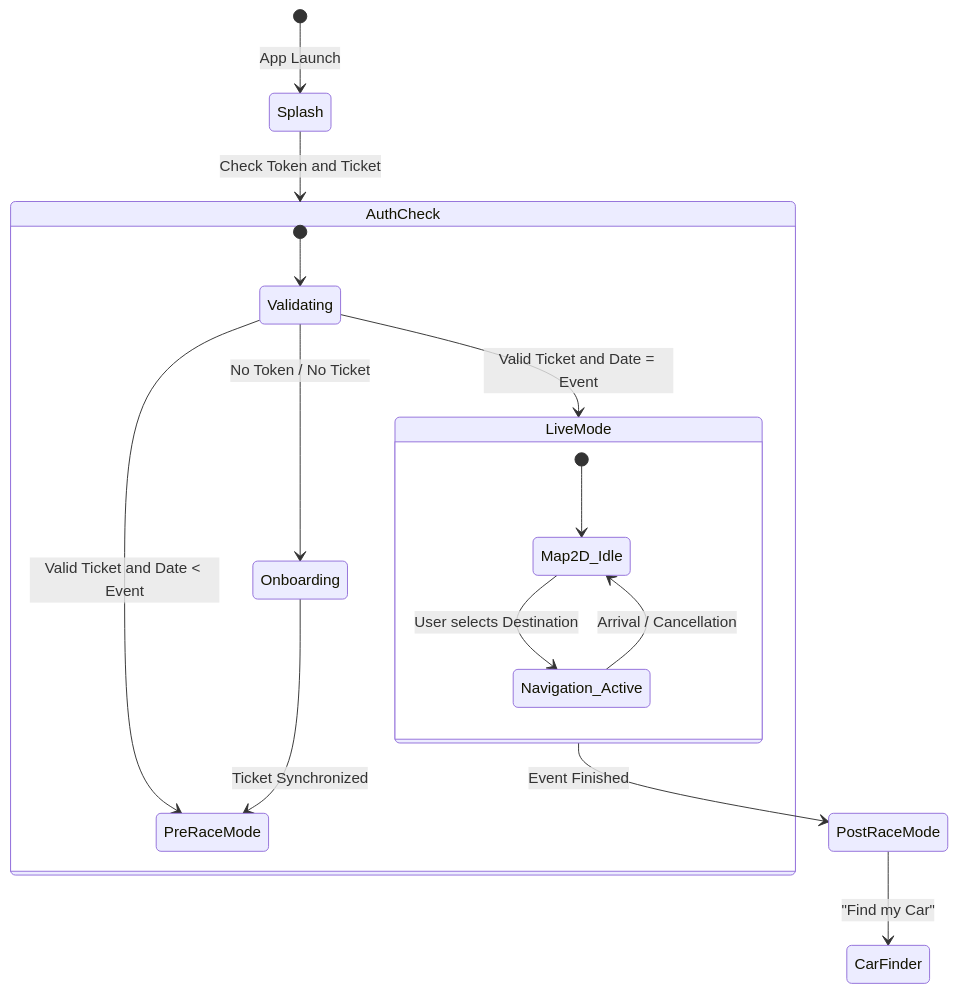
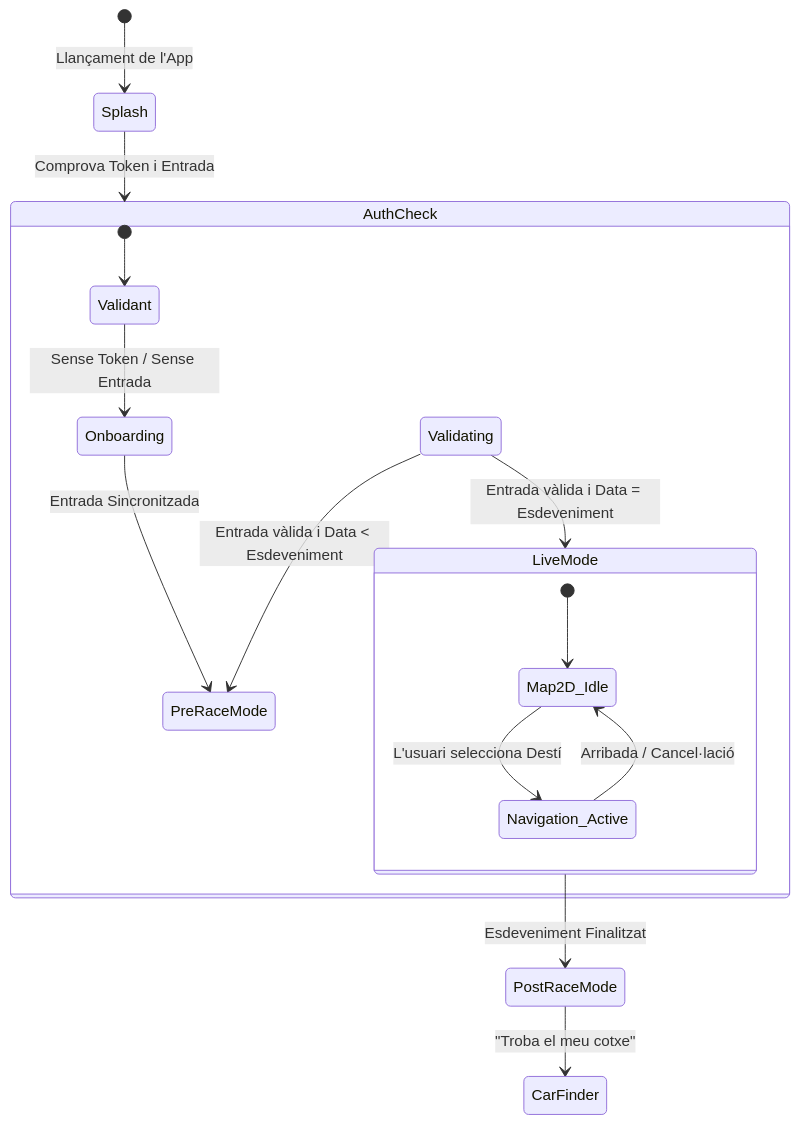
One commit to cdc-grup/app_lattice_project changed the first of 2 diagrams in .context/03-frontend/app-states.md. Above: the diagram before and after it, drawn with Mermaid. The commit also changed other lines of this file and 14 other files, not shown here.

Commit message:
docs: Translate core project documentation to Catalan and enhance Docker architecture with recommended microservices.

````diff
--- a/.context/03-frontend/app-states.md
+++ b/.context/03-frontend/app-states.md
@@ -7,23 +7,23 @@
 ```mermaid
 stateDiagram-v2
-    [*] --> Splash: App Launch
-    Splash --> AuthCheck: Check Token and Ticket
+    [*] --> Splash: Llançament de l'App
+    Splash --> AuthCheck: Comprova Token i Entrada
 
     state AuthCheck {
-        [*] --> Validating
-        Validating --> Onboarding: No Token / No Ticket
-        Validating --> PreRaceMode: Valid Ticket and Date < Event
-        Validating --> LiveMode: Valid Ticket and Date = Event
+        [*] --> Validant
+        Validant --> Onboarding: Sense Token / Sense Entrada
+        Validating --> PreRaceMode: Entrada vàlida i Data < Esdeveniment
+        Validating --> LiveMode: Entrada vàlida i Data = Esdeveniment
     }
 
-    Onboarding --> PreRaceMode: Ticket Synchronized
+    Onboarding --> PreRaceMode: Entrada Sincronitzada
 
     state LiveMode {
         [*] --> Map2D_Idle
-        Map2D_Idle --> Navigation_Active: User selects Destination
-        Navigation_Active --> Map2D_Idle: Arrival / Cancellation
+        Map2D_Idle --> Navigation_Active: L'usuari selecciona Destí
+        Navigation_Active --> Map2D_Idle: Arribada / Cancel·lació
     }
 
-    LiveMode --> PostRaceMode: Event Finished
-    PostRaceMode --> CarFinder: "Find my Car"
+    LiveMode --> PostRaceMode: Esdeveniment Finalitzat
+    PostRaceMode --> CarFinder: "Troba el meu cotxe"
 ```
````
